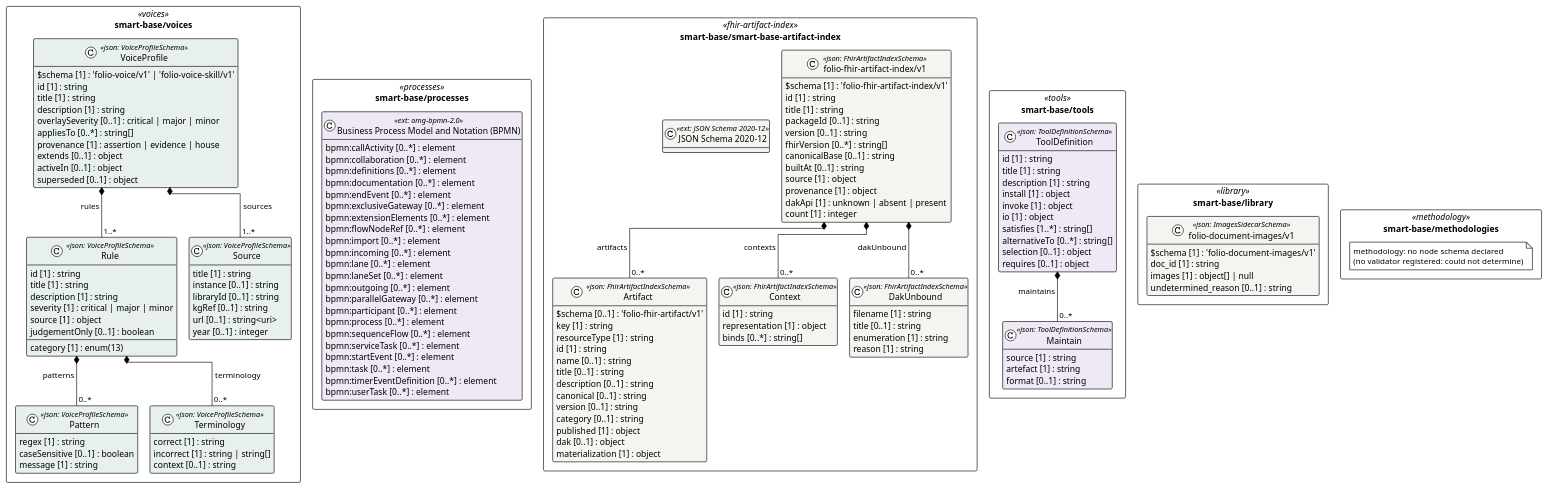
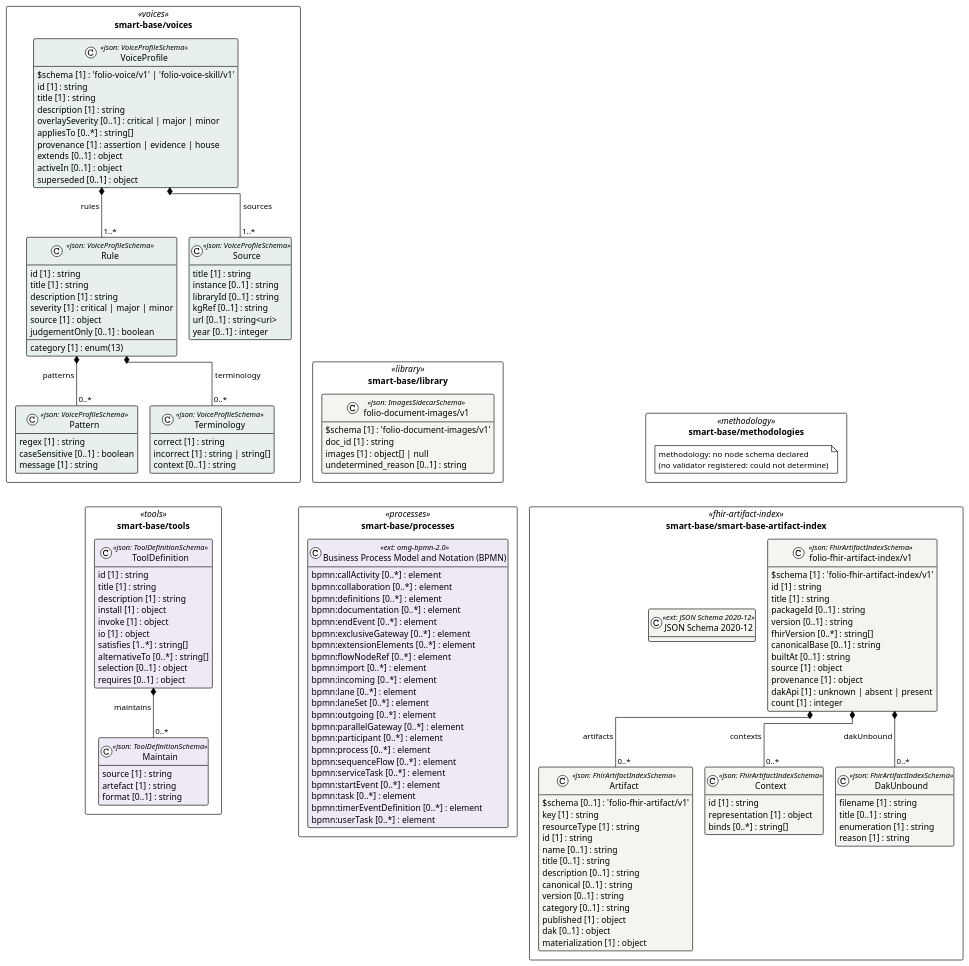
The diagram in cat-harness/uml/overview/smart-base.puml (litlfred/folio-assistant), drawn with PlantUML before and after one commit. The commit also changed 209 other files, not shown here.

First line of the commit message:
UML pages: compact PlantUML figure with BPMN zoom controls

```diff
--- a/cat-harness/uml/overview/smart-base.puml
+++ b/cat-harness/uml/overview/smart-base.puml
@@ -3,159 +3,162 @@
 @startuml smart_base
 !pragma layout elk
 !theme plain
 skinparam classAttributeIconSize 0
 skinparam shadowing false
 skinparam packageStyle rectangle
 hide empty methods
 
 package "smart-base/library" as pkg_smart_base_library <<library>> {
   class "folio-document-images/v1" as smart_base_library_folio_document_images_v1_folio_document_images_v1 <<json: ImagesSidecarSchema>> #f4f4f1 {
     $schema [1] : 'folio-document-images/v1'
     doc_id [1] : string
     images [1] : object[] | null
     undetermined_reason [0..1] : string
   }
 }
 package "smart-base/methodologies" as pkg_smart_base_methodologies <<methodology>> {
   note "methodology: no node schema declared\n(no validator registered: could not determine)" as n_smart_base_methodologies_methodology
 }
 package "smart-base/voices" as pkg_smart_base_voices <<voices>> {
   class "Source" as smart_base_voices_Source <<json: VoiceProfileSchema>> #e8f0ee {
     title [1] : string
     instance [0..1] : string
     libraryId [0..1] : string
     kgRef [0..1] : string
     url [0..1] : string<uri>
     year [0..1] : integer
   }
   class "Pattern" as smart_base_voices_Pattern <<json: VoiceProfileSchema>> #e8f0ee {
     regex [1] : string
     caseSensitive [0..1] : boolean
     message [1] : string
   }
   class "Terminology" as smart_base_voices_Terminology <<json: VoiceProfileSchema>> #e8f0ee {
     correct [1] : string
     incorrect [1] : string | string[]
     context [0..1] : string
   }
   class "Rule" as smart_base_voices_Rule <<json: VoiceProfileSchema>> #e8f0ee {
     id [1] : string
     title [1] : string
     description [1] : string
     category [1] : enum(13)
     severity [1] : critical | major | minor
     source [1] : object
     judgementOnly [0..1] : boolean
   }
   class "VoiceProfile" as smart_base_voices_VoiceProfile <<json: VoiceProfileSchema>> #e8f0ee {
     $schema [1] : 'folio-voice/v1' | 'folio-voice-skill/v1'
     id [1] : string
     title [1] : string
     description [1] : string
     overlaySeverity [0..1] : critical | major | minor
     appliesTo [0..*] : string[]
     provenance [1] : assertion | evidence | house
     extends [0..1] : object
     activeIn [0..1] : object
     superseded [0..1] : object
   }
 }
 package "smart-base/processes" as pkg_smart_base_processes <<processes>> {
   class "Business Process Model and Notation (BPMN)" as smart_base_processes_omg_bpmn_2_0 <<ext: omg-bpmn-2.0>> #eee9f5 {
     bpmn:callActivity [0..*] : element
     bpmn:collaboration [0..*] : element
     bpmn:definitions [0..*] : element
     bpmn:documentation [0..*] : element
     bpmn:endEvent [0..*] : element
     bpmn:exclusiveGateway [0..*] : element
     bpmn:extensionElements [0..*] : element
     bpmn:flowNodeRef [0..*] : element
     bpmn:import [0..*] : element
     bpmn:incoming [0..*] : element
     bpmn:lane [0..*] : element
     bpmn:laneSet [0..*] : element
     bpmn:outgoing [0..*] : element
     bpmn:parallelGateway [0..*] : element
     bpmn:participant [0..*] : element
     bpmn:process [0..*] : element
     bpmn:sequenceFlow [0..*] : element
     bpmn:serviceTask [0..*] : element
     bpmn:startEvent [0..*] : element
     bpmn:task [0..*] : element
     bpmn:timerEventDefinition [0..*] : element
     bpmn:userTask [0..*] : element
   }
 }
 package "smart-base/smart-base-artifact-index" as pkg_smart_base_smart_base_artifact_index <<fhir-artifact-index>> {
   class "Context" as smart_base_smart_base_artifact_index_folio_fhir_artifact_index_v1_Context <<json: FhirArtifactIndexSchema>> #f4f4f1 {
     id [1] : string
     representation [1] : object
     binds [0..*] : string[]
   }
   class "DakUnbound" as smart_base_smart_base_artifact_index_folio_fhir_artifact_index_v1_DakUnbound <<json: FhirArtifactIndexSchema>> #f4f4f1 {
     filename [1] : string
     title [0..1] : string
     enumeration [1] : string
     reason [1] : string
   }
   class "Artifact" as smart_base_smart_base_artifact_index_folio_fhir_artifact_index_v1_Artifact <<json: FhirArtifactIndexSchema>> #f4f4f1 {
     $schema [0..1] : 'folio-fhir-artifact/v1'
     key [1] : string
     resourceType [1] : string
     id [1] : string
     name [0..1] : string
     title [0..1] : string
     description [0..1] : string
     canonical [0..1] : string
     version [0..1] : string
     category [0..1] : string
     published [1] : object
     dak [0..1] : object
     materialization [1] : object
   }
   class "folio-fhir-artifact-index/v1" as smart_base_smart_base_artifact_index_folio_fhir_artifact_index_v1_folio_fhir_artifact_index_v1 <<json: FhirArtifactIndexSchema>> #f4f4f1 {
     $schema [1] : 'folio-fhir-artifact-index/v1'
     id [1] : string
     title [1] : string
     packageId [0..1] : string
     version [0..1] : string
     fhirVersion [0..*] : string[]
     canonicalBase [0..1] : string
     builtAt [0..1] : string
     source [1] : object
     provenance [1] : object
     dakApi [1] : unknown | absent | present
     count [1] : integer
   }
   class "JSON Schema 2020-12" as smart_base_smart_base_artifact_index_https___json_schema_org_draft_2020_12_schema <<ext: JSON Schema 2020-12>> #f4f4f1 {
   }
 }
 package "smart-base/tools" as pkg_smart_base_tools <<tools>> {
   class "Maintain" as smart_base_tools_Maintain <<json: ToolDefinitionSchema>> #eee9f5 {
     source [1] : string
     artefact [1] : string
     format [0..1] : string
   }
   class "ToolDefinition" as smart_base_tools_ToolDefinition <<json: ToolDefinitionSchema>> #eee9f5 {
     id [1] : string
     title [1] : string
     description [1] : string
     install [1] : object
     invoke [1] : object
     io [1] : object
     satisfies [1..*] : string[]
     alternativeTo [0..*] : string[]
     selection [0..1] : object
     requires [0..1] : object
   }
 }
 
 smart_base_voices_VoiceProfile *-- "1..*" smart_base_voices_Source : sources
 smart_base_voices_Rule *-- "0..*" smart_base_voices_Pattern : patterns
 smart_base_voices_Rule *-- "0..*" smart_base_voices_Terminology : terminology
 smart_base_voices_VoiceProfile *-- "1..*" smart_base_voices_Rule : rules
 smart_base_smart_base_artifact_index_folio_fhir_artifact_index_v1_folio_fhir_artifact_index_v1 *-- "0..*" smart_base_smart_base_artifact_index_folio_fhir_artifact_index_v1_Context : contexts
 smart_base_smart_base_artifact_index_folio_fhir_artifact_index_v1_folio_fhir_artifact_index_v1 *-- "0..*" smart_base_smart_base_artifact_index_folio_fhir_artifact_index_v1_DakUnbound : dakUnbound
 smart_base_smart_base_artifact_index_folio_fhir_artifact_index_v1_folio_fhir_artifact_index_v1 *-- "0..*" smart_base_smart_base_artifact_index_folio_fhir_artifact_index_v1_Artifact : artifacts
 smart_base_tools_ToolDefinition *-- "0..*" smart_base_tools_Maintain : maintains
+pkg_smart_base_library -[hidden]down- pkg_smart_base_processes
+pkg_smart_base_methodologies -[hidden]down- pkg_smart_base_smart_base_artifact_index
+pkg_smart_base_voices -[hidden]down- pkg_smart_base_tools
 @enduml
```
